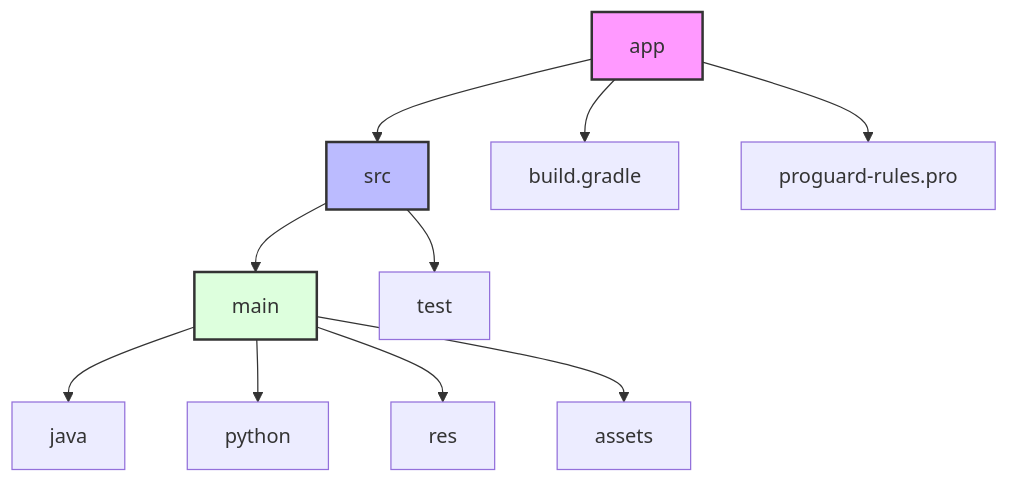
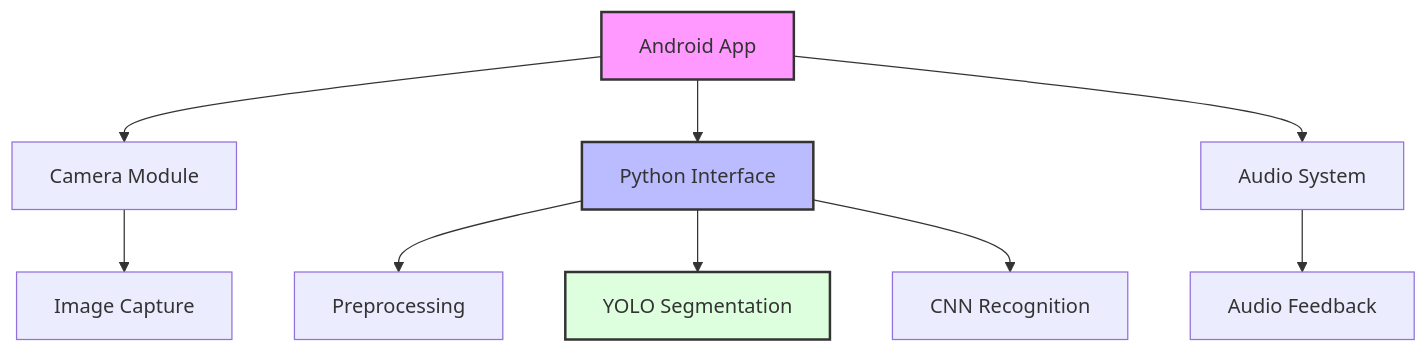
One commit to lakmina456/InnoSys_Implementation_03 changed the diagram in README.md. Above: the diagram before and after it, drawn with Mermaid. The commit also changed other lines of this file, not shown here.

````diff
--- a/README.md
+++ b/README.md
@@ -108,16 +136,15 @@
 ```mermaid
 graph TD
-    A[app] --> B[src]
-    B --> C[main]
-    C --> D[java]
-    C --> E[python]
-    C --> F[res]
-    C --> G[assets]
-    B --> H[test]
-    A --> I[build.gradle]
-    A --> J[proguard-rules.pro]
+    A[Android App] --> B[Camera Module]
+    A --> C[Python Interface]
+    A --> D[Audio System]
+    B --> E[Image Capture]
+    C --> F[Preprocessing]
+    C --> G[YOLO Segmentation]
+    C --> H[CNN Recognition]
+    D --> I[Audio Feedback]
 
     style A fill:#f9f,stroke:#333,stroke-width:2px
-    style B fill:#bbf,stroke:#333,stroke-width:2px
-    style C fill:#dfd,stroke:#333,stroke-width:2px
+    style C fill:#bbf,stroke:#333,stroke-width:2px
+    style G fill:#dfd,stroke:#333,stroke-width:2px
 ```
````
